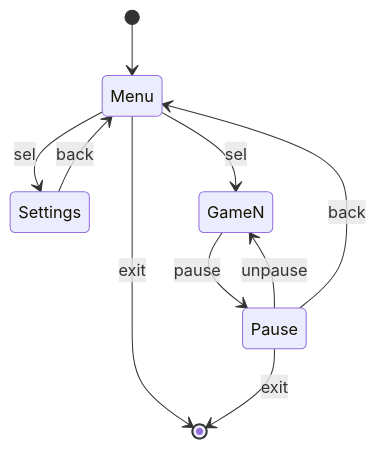
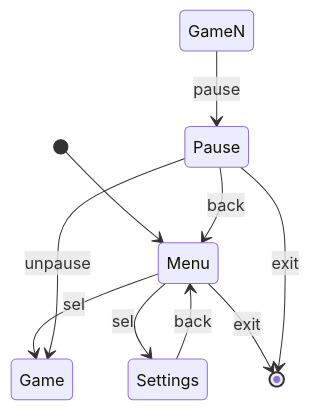
One commit to Andorryu/ArcadeCollection changed the first of 2 diagrams in docs/architecture.md. Above: the diagram before and after it, drawn with Mermaid. The commit also changed other lines of this file and 9 other files, not shown here.

````diff
--- a/docs/architecture.md
+++ b/docs/architecture.md
@@ -4,14 +5,14 @@
 ```mermaid
 
 stateDiagram
     [*] --> Menu
     Menu --> Settings: sel
     Settings --> Menu : back
-    Menu --> GameN : sel
+    Menu --> Game : sel
     GameN --> Pause : pause
-    Pause --> GameN : unpause
+    Pause --> Game : unpause
     Pause --> Menu : back
     Menu --> [*] : exit
     Pause --> [*] : exit
 
 ```
````
